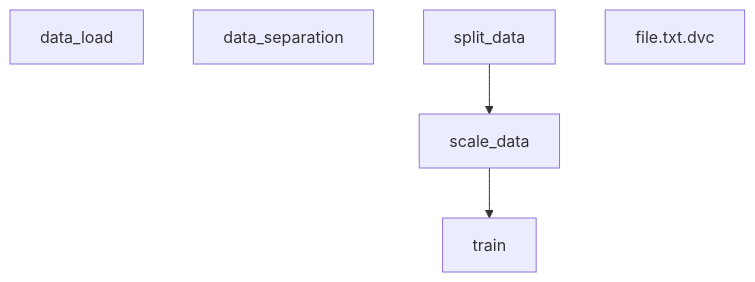
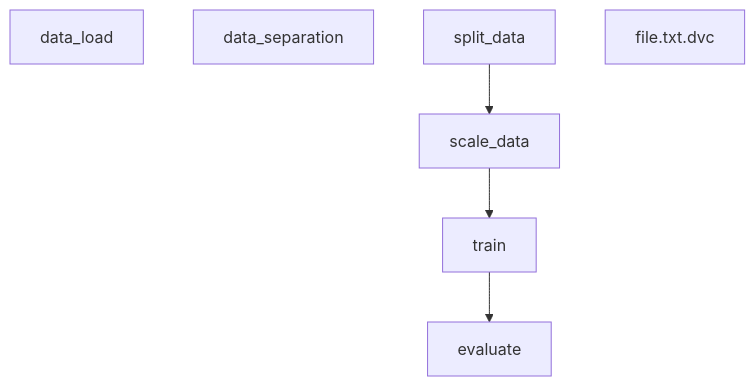
The diagram in Fase_3_DVC/TEAM_11_ML_OPS/.dvc/tmp/dag.md (Sa-ReyCha/TEAM_11_ML_OPS), drawn with Mermaid before and after one commit. The commit also changed 9 other files, not shown here.

````diff
--- a/Fase_3_DVC/TEAM_11_ML_OPS/.dvc/tmp/dag.md
+++ b/Fase_3_DVC/TEAM_11_ML_OPS/.dvc/tmp/dag.md
@@ -1,11 +1,13 @@
 ```mermaid
 flowchart TD
 	node1["data_load"]
 	node2["data_separation"]
-	node3["scale_data"]
-	node4["split_data"]
-	node5["train"]
-	node3-->node5
-	node4-->node3
-	node6["file.txt.dvc"]
+	node3["evaluate"]
+	node4["scale_data"]
+	node5["split_data"]
+	node6["train"]
+	node4-->node6
+	node5-->node4
+	node6-->node3
+	node7["file.txt.dvc"]
 ```
````
